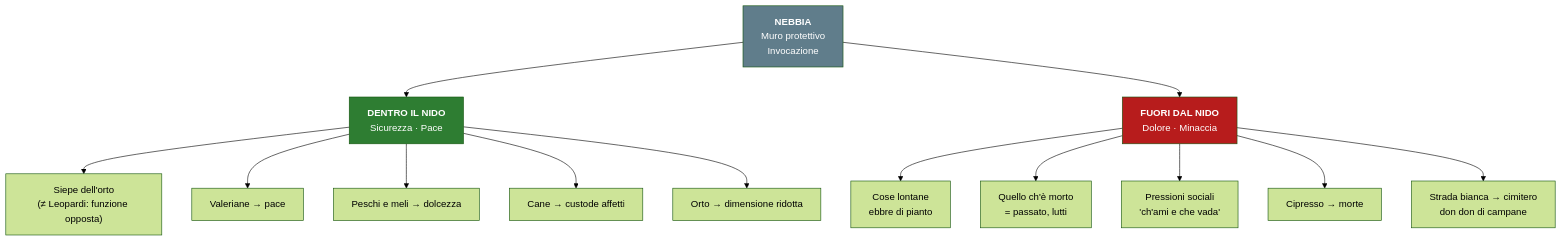
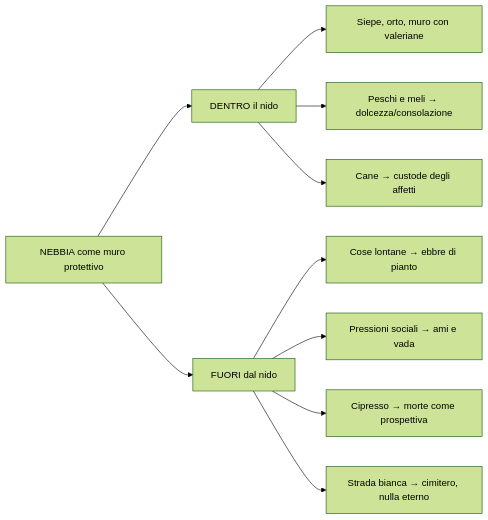
Before and after one commit to riccardo-algorime/appunti-5Bsa: the third of 5 diagrams in italiano/pascoli/mega-schema.md, drawn with Mermaid (forest theme). The commit also changed other lines of this file and 23 other files, not shown here.

````diff
--- a/italiano/pascoli/mega-schema.md
+++ b/italiano/pascoli/mega-schema.md
@@ -1421,21 +523,12 @@
 ```mermaid
-graph TD
-    N["<b>NEBBIA</b><br/>Muro protettivo<br/>Invocazione"] --> DENTRO["<b>DENTRO IL NIDO</b><br/>Sicurezza · Pace"]
-    N --> FUORI["<b>FUORI DAL NIDO</b><br/>Dolore · Minaccia"]
-    
-    DENTRO --> S["Siepe dell'orto<br/>(≠ Leopardi: funzione opposta)"]
-    DENTRO --> V["Valeriane → pace"]
-    DENTRO --> PM["Peschi e meli → dolcezza"]
-    DENTRO --> CA["Cane → custode affetti"]
-    DENTRO --> OR["Orto → dimensione ridotta"]
-    
-    FUORI --> CL["Cose lontane<br/>ebbre di pianto"]
-    FUORI --> MO["Quello ch'è morto<br/>= passato, lutti"]
-    FUORI --> PR["Pressioni sociali<br/>'ch'ami e che vada'"]
-    FUORI --> CI["Cipresso → morte"]
-    FUORI --> ST["Strada bianca → cimitero<br/>don don di campane"]
-    
-    style N fill:#607d8b,color:#fff
-    style DENTRO fill:#2e7d32,color:#fff
-    style FUORI fill:#b71c1c,color:#fff
+flowchart LR
+    A[NEBBIA come muro protettivo] --> B[DENTRO il nido]
+    A --> C[FUORI dal nido]
+    B --> D[Siepe, orto, muro con valeriane]
+    B --> E[Peschi e meli → dolcezza/consolazione]
+    B --> F[Cane → custode degli affetti]
+    C --> G[Cose lontane → ebbre di pianto]
+    C --> H[Pressioni sociali → ami e vada]
+    C --> I[Cipresso → morte come prospettiva]
+    C --> J[Strada bianca → cimitero, nulla eterno]
 ```
````
